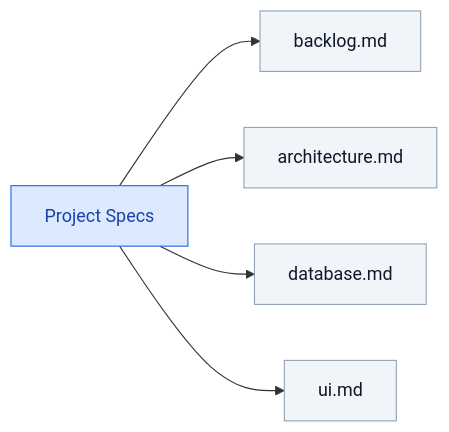
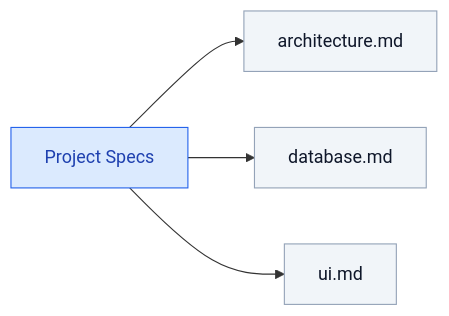
The third of 7 diagrams in README.md (mtov/AgileSpec), drawn with Mermaid before and after one commit. The commit also changed other lines of this file, not shown here.

````diff
--- a/README.md
+++ b/README.md
@@ -121,16 +116,15 @@
 ```mermaid
 
 flowchart LR
     P["Project Specs"]
 
-    P --> B["backlog.md"]
     P --> A["architecture.md"]
     P --> D["database.md"]
     P --> U["ui.md"]
 
     classDef root fill:#dbeafe,stroke:#2563eb,color:#1e40af
     classDef doc fill:#f1f5f9,stroke:#94a3b8,color:#0f172a
 
     class P root
     class B,A,D,U doc
 ```
````
